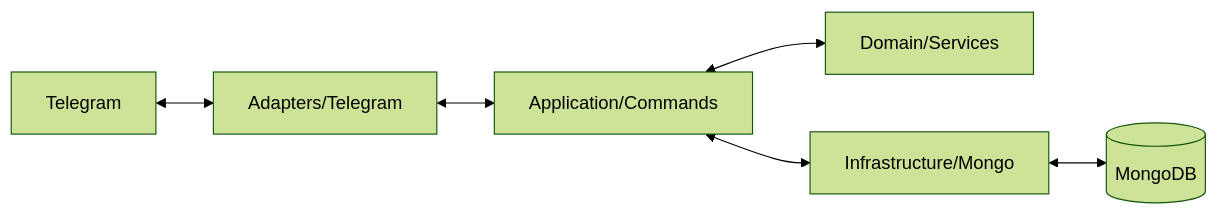
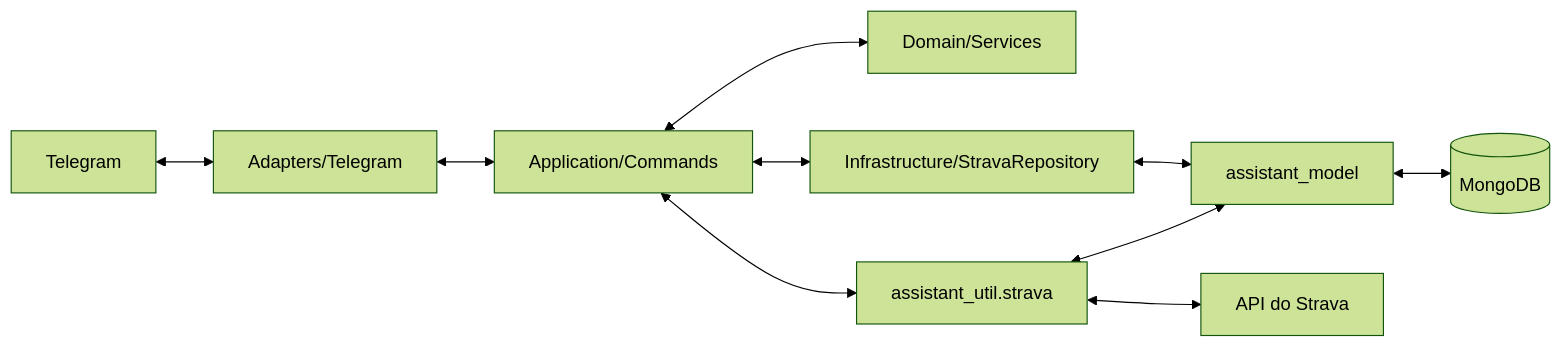
Before and after one commit to renoviana/strava_bot: the diagram in docs/architecture.md, drawn with Mermaid (forest theme). The commit also changed other lines of this file and 35 other files, not shown here.

First line of the commit message:
fix: corrige streak, quedas do bot, rank anual e sync do Strava

````diff
--- a/docs/architecture.md
+++ b/docs/architecture.md
@@ -29,8 +33,12 @@
 ```mermaid
 graph LR
     TG[Telegram] <--> Adapter[Adapters/Telegram]
     Adapter <--> App[Application/Commands]
     App <--> Domain[Domain/Services]
-    App <--> Repo[Infrastructure/Mongo]
-    Repo <--> DB[(MongoDB)]
+    App <--> Repo[Infrastructure/StravaRepository]
+    App <--> Sync[assistant_util.strava]
+    Repo <--> Model[assistant_model]
+    Sync <--> Model
+    Sync <--> Strava[API do Strava]
+    Model <--> DB[(MongoDB)]
 ```
````
